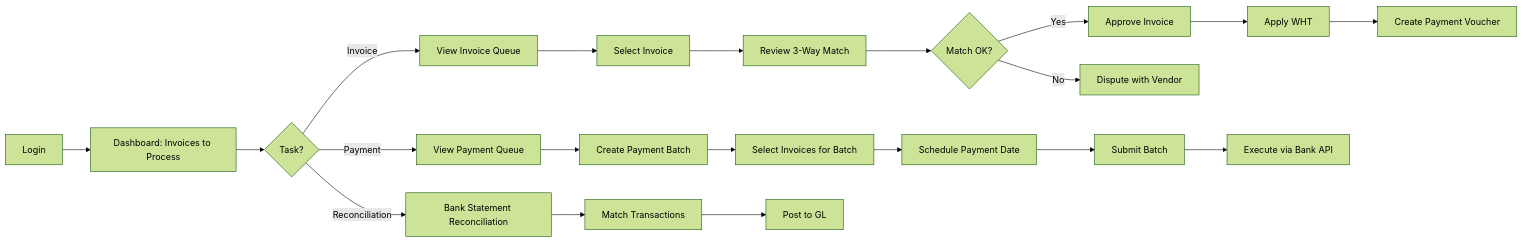
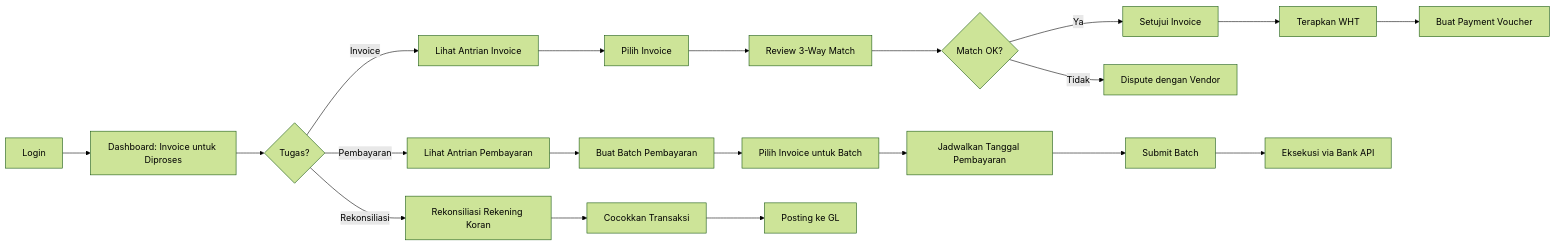
Before and after one commit to Vencore-erp/documentation: the eighth of 13 diagrams in system_design/BUSINESS_PROCESS_MODEL.md, drawn with Mermaid (forest theme). The commit also changed other lines of this file and 16 other files, not shown here.

````diff
--- a/system_design/BUSINESS_PROCESS_MODEL.md
+++ b/system_design/BUSINESS_PROCESS_MODEL.md
@@ -274,24 +274,24 @@
 ```mermaid
 flowchart LR
-    A[Login] --> B[Dashboard: Invoices to Process]
-    B --> C{Task?}
-    C -->|Invoice| D[View Invoice Queue]
-    D --> E[Select Invoice]
+    A[Login] --> B[Dashboard: Invoice untuk Diproses]
+    B --> C{Tugas?}
+    C -->|Invoice| D[Lihat Antrian Invoice]
+    D --> E[Pilih Invoice]
     E --> F[Review 3-Way Match]
     F --> G{Match OK?}
-    G -->|Yes| H[Approve Invoice]
-    G -->|No| I[Dispute with Vendor]
-    H --> J[Apply WHT]
-    J --> K[Create Payment Voucher]
+    G -->|Ya| H[Setujui Invoice]
+    G -->|Tidak| I[Dispute dengan Vendor]
+    H --> J[Terapkan WHT]
+    J --> K[Buat Payment Voucher]
     
-    C -->|Payment| L[View Payment Queue]
-    L --> M[Create Payment Batch]
-    M --> N[Select Invoices for Batch]
-    N --> O[Schedule Payment Date]
+    C -->|Pembayaran| L[Lihat Antrian Pembayaran]
+    L --> M[Buat Batch Pembayaran]
+    M --> N[Pilih Invoice untuk Batch]
+    N --> O[Jadwalkan Tanggal Pembayaran]
     O --> P[Submit Batch]
-    P --> Q[Execute via Bank API]
+    P --> Q[Eksekusi via Bank API]
     
-    C -->|Reconciliation| R[Bank Statement Reconciliation]
-    R --> S[Match Transactions]
-    S --> T[Post to GL]
+    C -->|Rekonsiliasi| R[Rekonsiliasi Rekening Koran]
+    R --> S[Cocokkan Transaksi]
+    S --> T[Posting ke GL]
 ```
````
